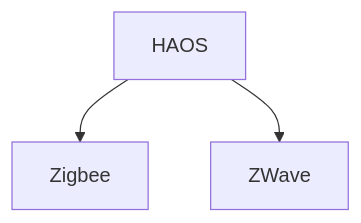
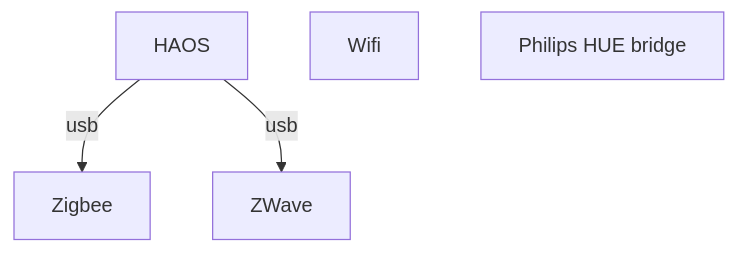
One commit to pstefka/smarthome changed the third of 4 diagrams in README.md. Above: the diagram before and after it, drawn with Mermaid. The commit also changed other lines of this file and 7 other files, not shown here.

````diff
--- a/README.md
+++ b/README.md
@@ -21,6 +55,10 @@
 ```mermaid
 flowchart TD
 
-  HAOS --> Zigbee
-  HAOS --> ZWave
+HAOS --usb--> Zigbee
+HAOS --usb--> ZWave
+
+Wifi
+
+HUE[Philips HUE bridge]
 ```
````
